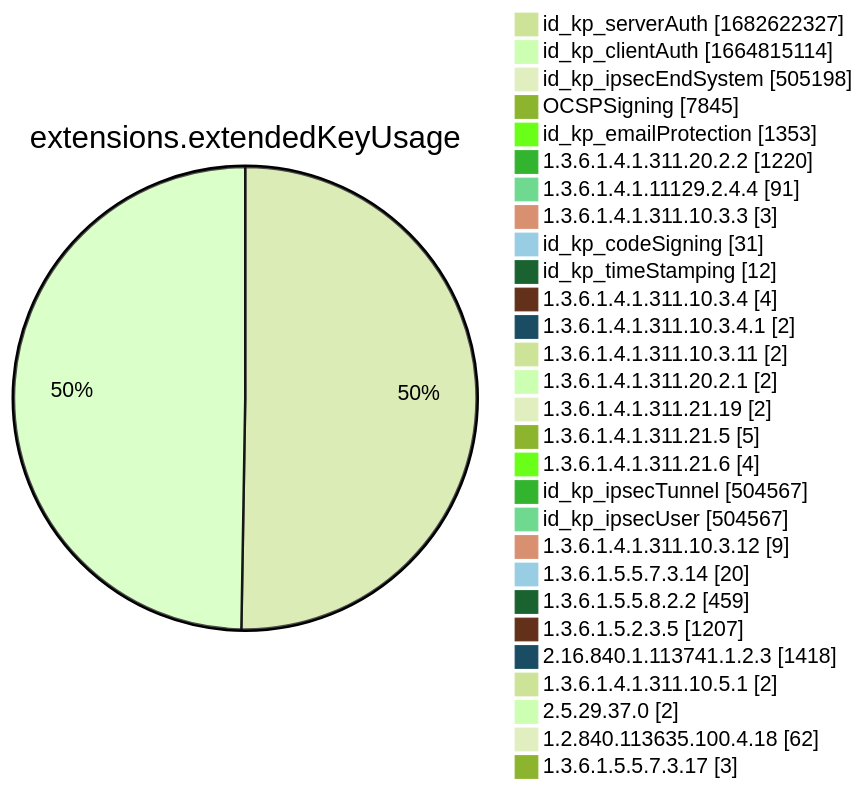
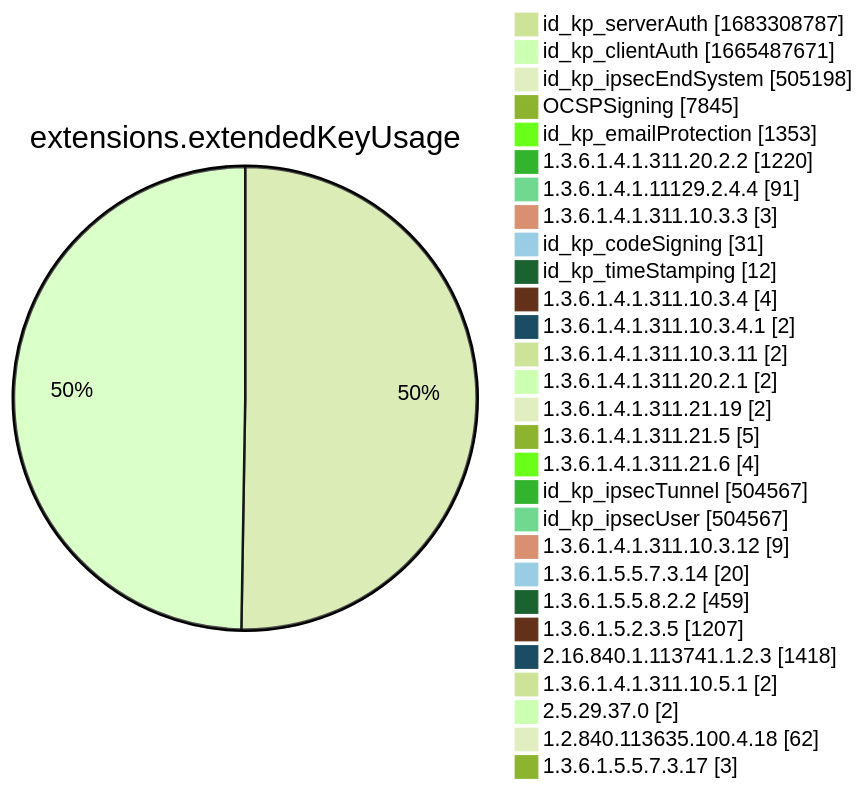
One commit to christiankrug/ctmonitor_visualization changed diagram 12 of 15 in xenon2022/README.md. Above: the diagram before and after it, drawn with Mermaid (forest theme). The commit also changed other lines of this file, not shown here.

````diff
--- a/xenon2022/README.md
+++ b/xenon2022/README.md
@@ -3888,32 +3888,32 @@
 ```mermaid
 pie showData
 title extensions.extendedKeyUsage
-"id_kp_serverAuth" :1682622327
-"id_kp_clientAuth" :1664815114
+"id_kp_serverAuth" :1683308787
+"id_kp_clientAuth" :1665487671
 "id_kp_ipsecEndSystem" :505198
 "OCSPSigning" :7845
 "id_kp_emailProtection" :1353
 "1.3.6.1.4.1.311.20.2.2" :1220
 "1.3.6.1.4.1.11129.2.4.4" :91
 "1.3.6.1.4.1.311.10.3.3" :3
 "id_kp_codeSigning" :31
 "id_kp_timeStamping" :12
 "1.3.6.1.4.1.311.10.3.4" :4
 "1.3.6.1.4.1.311.10.3.4.1" :2
 "1.3.6.1.4.1.311.10.3.11" :2
 "1.3.6.1.4.1.311.20.2.1" :2
 "1.3.6.1.4.1.311.21.19" :2
 "1.3.6.1.4.1.311.21.5" :5
 "1.3.6.1.4.1.311.21.6" :4
 "id_kp_ipsecTunnel" :504567
 "id_kp_ipsecUser" :504567
 "1.3.6.1.4.1.311.10.3.12" :9
 "1.3.6.1.5.5.7.3.14" :20
 "1.3.6.1.5.5.8.2.2" :459
 "1.3.6.1.5.2.3.5" :1207
 "2.16.840.1.113741.1.2.3" :1418
 "1.3.6.1.4.1.311.10.5.1" :2
 "2.5.29.37.0" :2
 "1.2.840.113635.100.4.18" :62
 "1.3.6.1.5.5.7.3.17" :3
 ```
````
